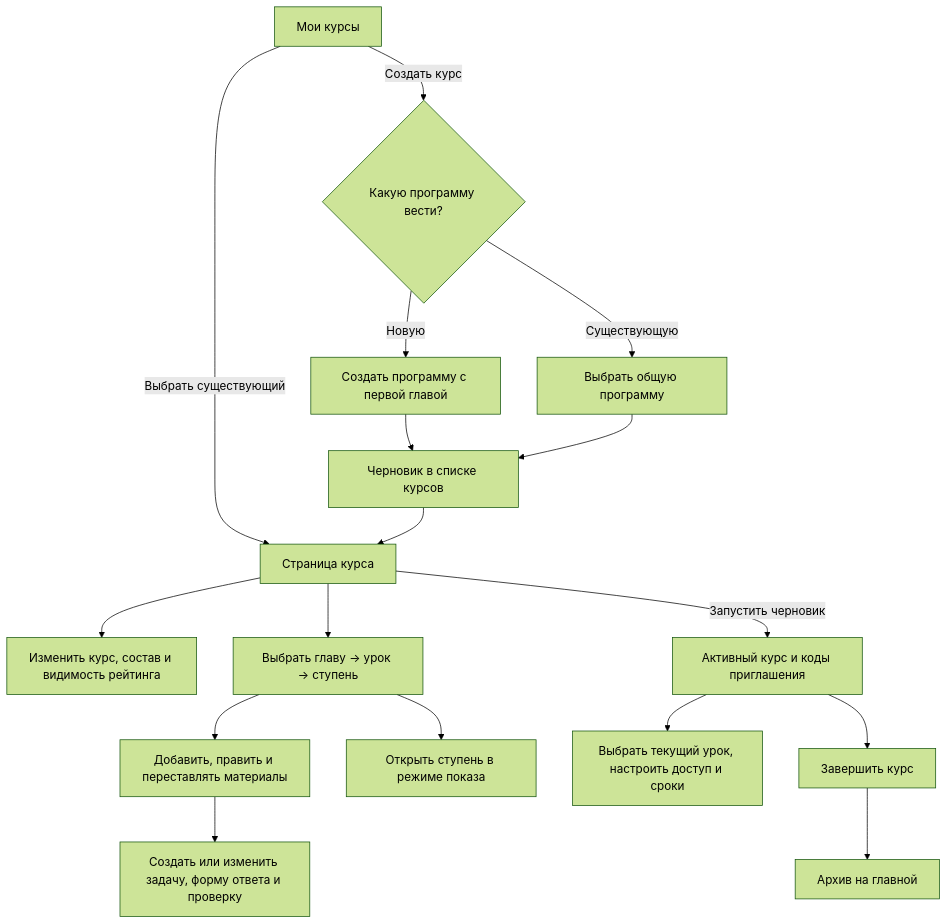
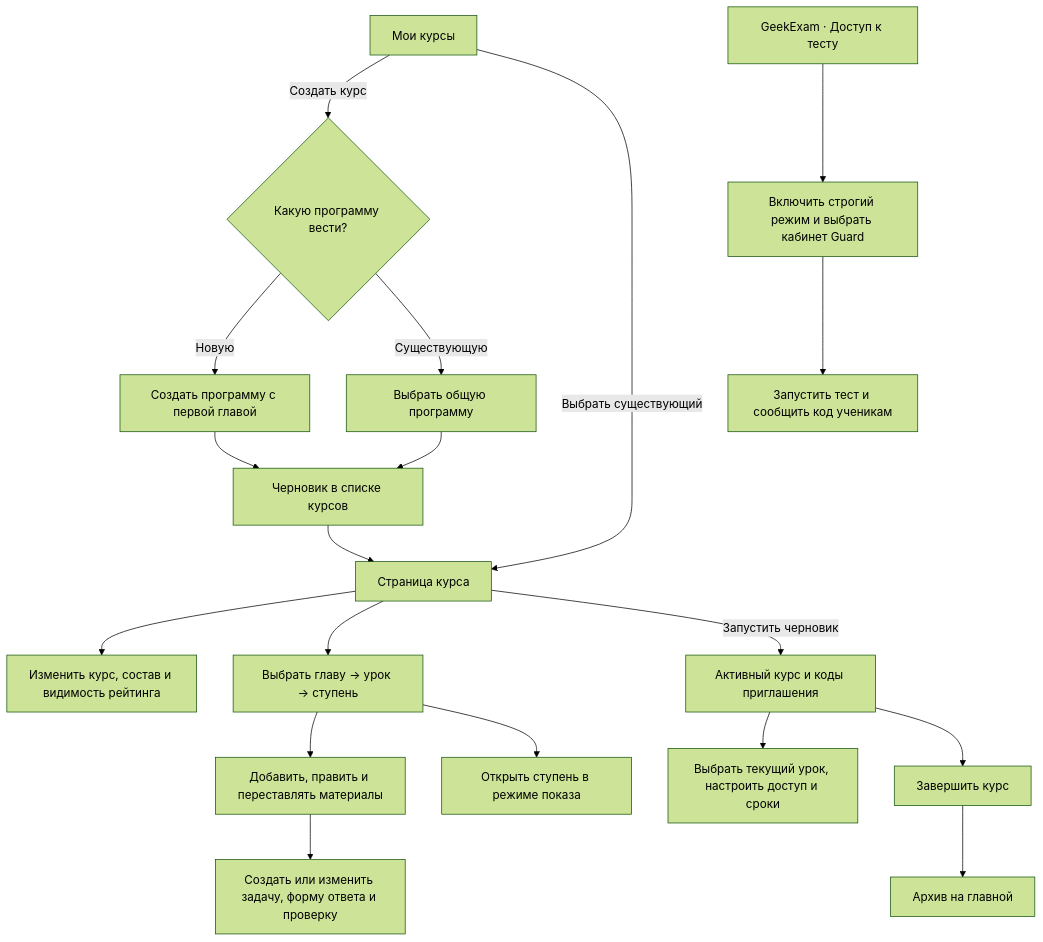
Before and after one commit to roctbb/CodingProjects: the fourth of 8 diagrams in docs/ux/role-actions.md, drawn with Mermaid (forest theme). The commit also changed other lines of this file and 1 other file, not shown here.

Commit message:
Document strict GeekExam entry and reconnection in the classroom

````diff
--- a/docs/ux/role-actions.md
+++ b/docs/ux/role-actions.md
@@ -163,19 +166,21 @@
 ```mermaid
 flowchart TD
   home["Мои курсы"] -->|Создать курс| choose{"Какую программу вести?"}
   choose -->|Новую| new["Создать программу с первой главой"]
   choose -->|Существующую| use["Выбрать общую программу"]
   new --> draft["Черновик в списке курсов"]
   use --> draft
   home -->|Выбрать существующий| course["Страница курса"]
   draft --> course
+  examSettings["GeekExam · Доступ к тесту"] --> strict["Включить строгий режим и выбрать кабинет Guard"]
+  strict --> examStart["Запустить тест и сообщить код ученикам"]
   course --> setup["Изменить курс, состав и видимость рейтинга"]
   course --> content["Выбрать главу → урок → ступень"]
   content --> edit["Добавить, править и переставлять материалы"]
   edit --> task["Создать или изменить задачу, форму ответа и проверку"]
   content --> show["Открыть ступень в режиме показа"]
   course -->|Запустить черновик| active["Активный курс и коды приглашения"]
   active --> teach["Выбрать текущий урок, настроить доступ и сроки"]
   active --> finish["Завершить курс"]
   finish --> archive["Архив на главной"]
 ```
````
